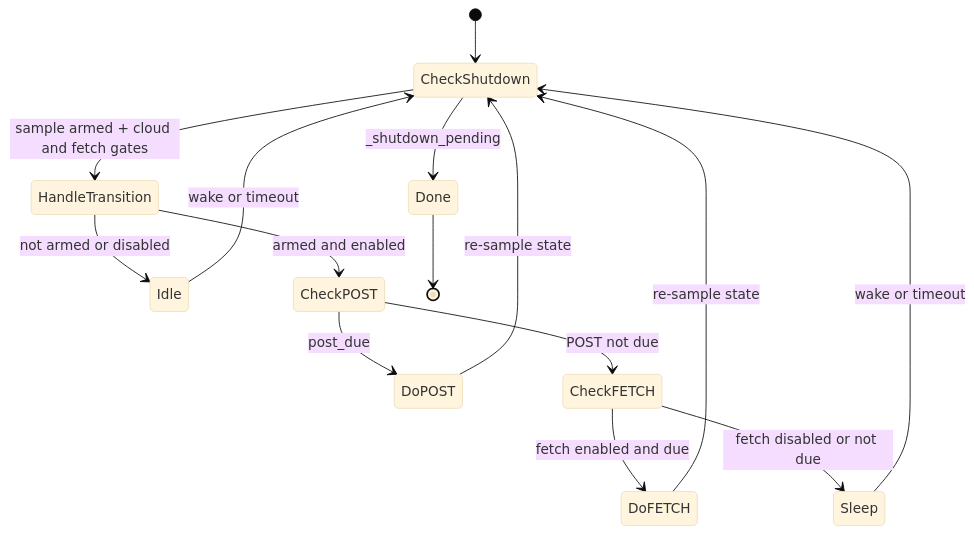
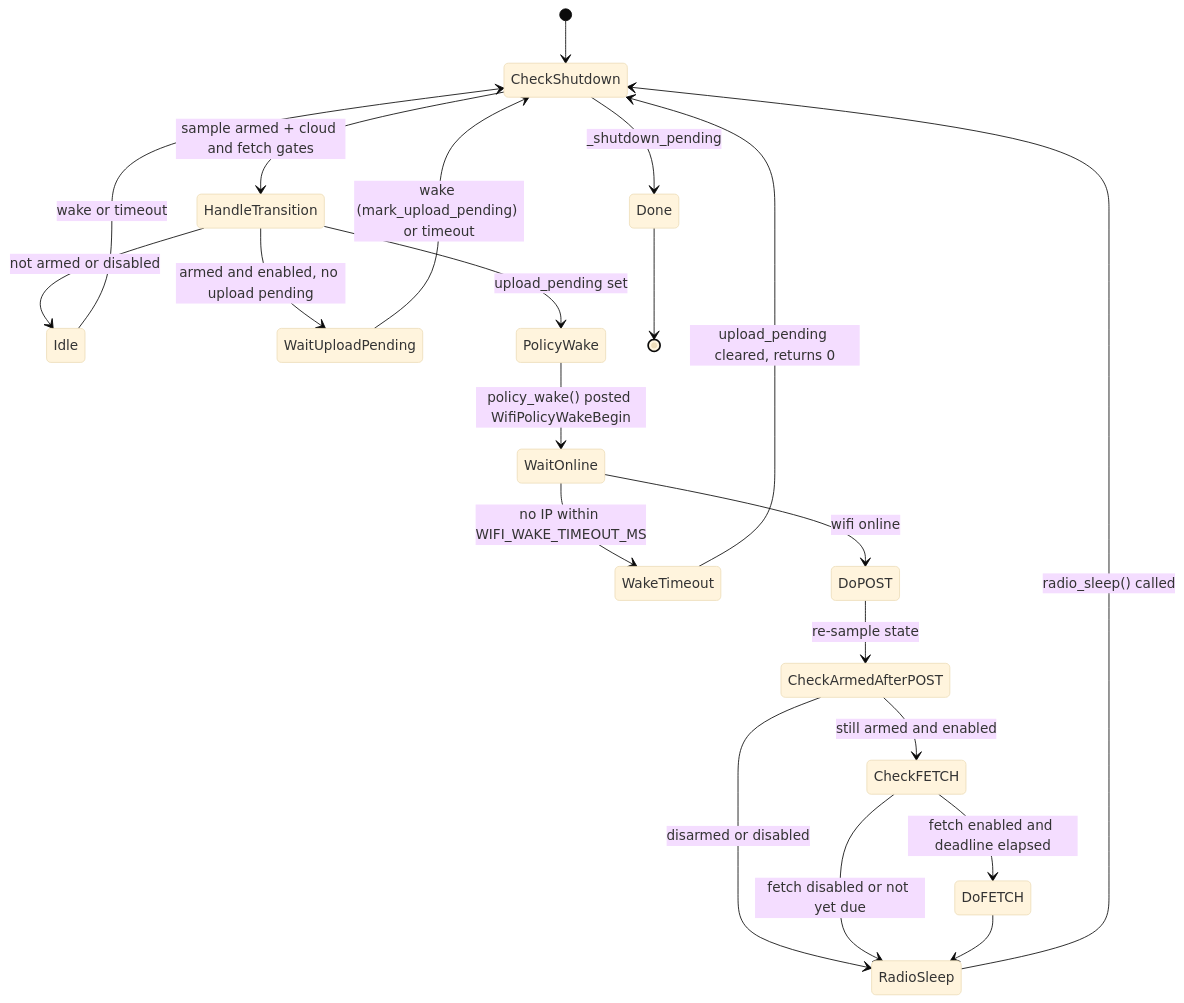
The diagram in products/go/docs/cloud_service.md (mattMRBH/firmware-core), drawn with Mermaid (base theme) before and after one commit. The commit also changed other lines of this file and 2 other files, not shown here.

Commit message:
docs: update wifi_service.md, cloud_service.md, and vhub for duty-cycle radio

````diff
--- a/products/go/docs/cloud_service.md
+++ b/products/go/docs/cloud_service.md
@@ -84,17 +86,23 @@
 ```mermaid
 stateDiagram-v2
     [*] --> CheckShutdown
     CheckShutdown --> Done: _shutdown_pending
     CheckShutdown --> HandleTransition: sample armed + cloud and fetch gates
     HandleTransition --> Idle: not armed or disabled
-    HandleTransition --> CheckPOST: armed and enabled
-    CheckPOST --> DoPOST: post_due
-    CheckPOST --> CheckFETCH: POST not due
-    DoPOST --> CheckShutdown: re-sample state
-    CheckFETCH --> DoFETCH: fetch enabled and due
-    CheckFETCH --> Sleep: fetch disabled or not due
-    DoFETCH --> CheckShutdown: re-sample state
+    HandleTransition --> WaitUploadPending: armed and enabled, no upload pending
+    HandleTransition --> PolicyWake: upload_pending set
+    PolicyWake --> WaitOnline: policy_wake() posted WifiPolicyWakeBegin
+    WaitOnline --> WakeTimeout: no IP within WIFI_WAKE_TIMEOUT_MS
+    WakeTimeout --> CheckShutdown: upload_pending cleared, returns 0
+    WaitOnline --> DoPOST: wifi online
+    DoPOST --> CheckArmedAfterPOST: re-sample state
+    CheckArmedAfterPOST --> RadioSleep: disarmed or disabled
+    CheckArmedAfterPOST --> CheckFETCH: still armed and enabled
+    CheckFETCH --> DoFETCH: fetch enabled and deadline elapsed
+    CheckFETCH --> RadioSleep: fetch disabled or not yet due
+    DoFETCH --> RadioSleep
+    RadioSleep --> CheckShutdown: radio_sleep() called
+    WaitUploadPending --> CheckShutdown: wake (mark_upload_pending) or timeout
     Idle --> CheckShutdown: wake or timeout
-    Sleep --> CheckShutdown: wake or timeout
     Done --> [*]
 ```
````
